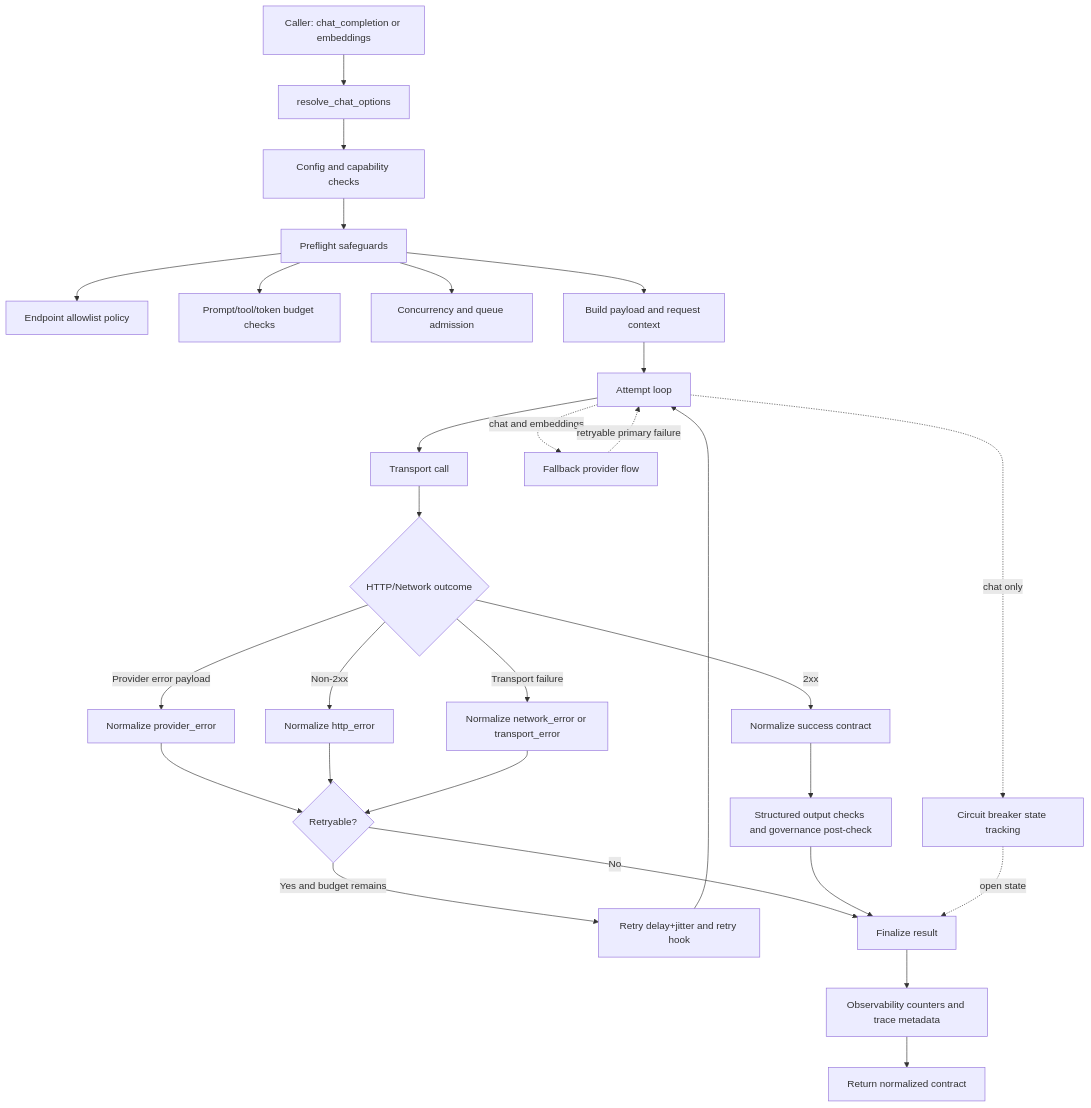
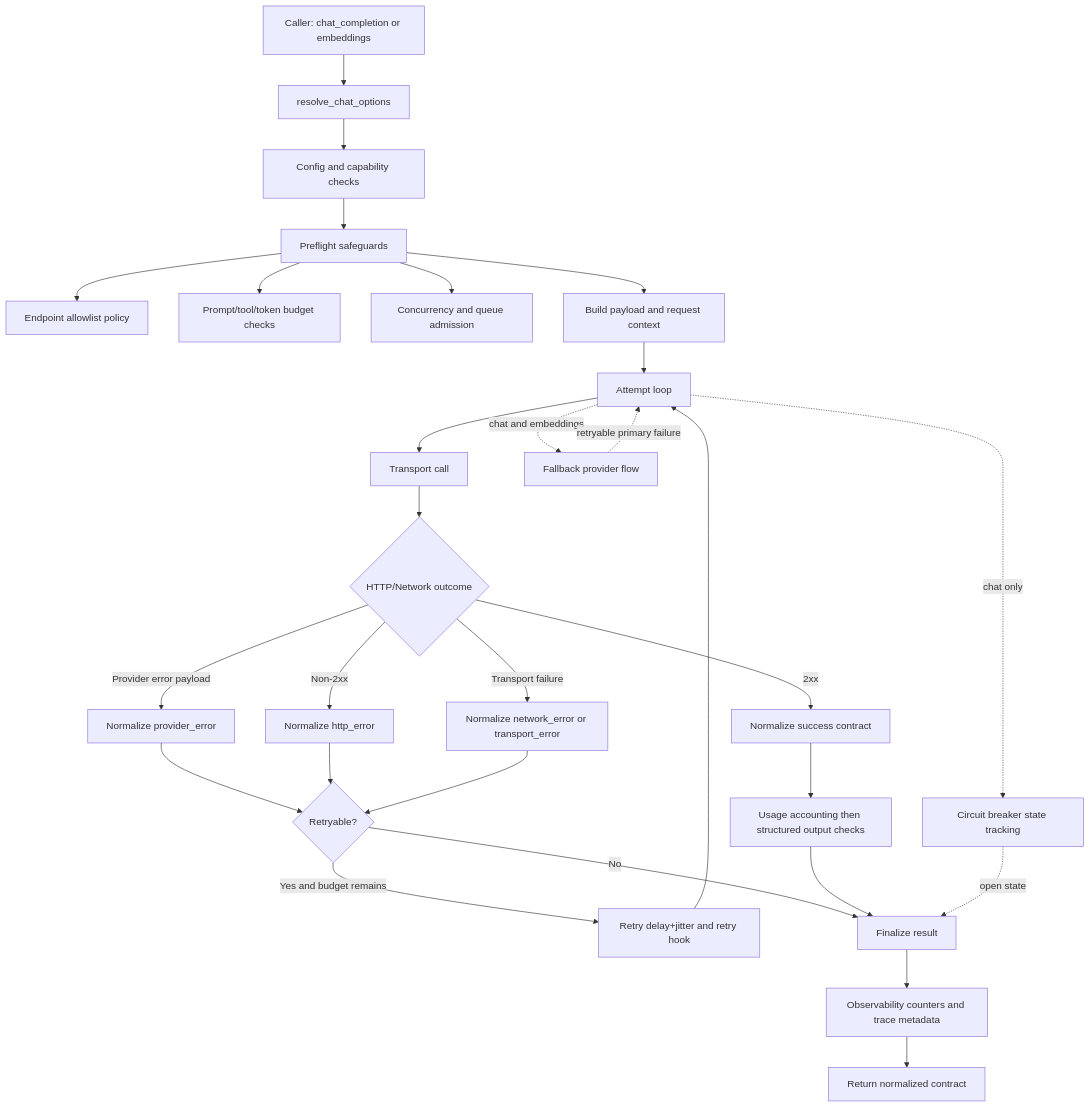
Before and after one commit to kujolang/ai-sdk: the second of 2 diagrams in docs/ARCHITECTURE_DATA_FLOW.md, drawn with Mermaid. The commit also changed other lines of this file and 7 other files, not shown here.

````diff
--- a/docs/ARCHITECTURE_DATA_FLOW.md
+++ b/docs/ARCHITECTURE_DATA_FLOW.md
@@ -28,32 +28,32 @@
 ```mermaid
 flowchart TD
 	A[Caller: chat_completion or embeddings] --> B[resolve_chat_options]
 	B --> C[Config and capability checks]
 	C --> D[Preflight safeguards]
 	D --> D1[Endpoint allowlist policy]
 	D --> D2[Prompt/tool/token budget checks]
 	D --> D3[Concurrency and queue admission]
 	D --> E[Build payload and request context]
 	E --> F[Attempt loop]
 	F --> G[Transport call]
 	G --> H{HTTP/Network outcome}
 	H -->|2xx| I[Normalize success contract]
 	H -->|Provider error payload| J[Normalize provider_error]
 	H -->|Non-2xx| K[Normalize http_error]
 	H -->|Transport failure| L[Normalize network_error or transport_error]
-	I --> M[Structured output checks and governance post-check]
+	I --> M[Usage accounting then structured output checks]
 	J --> N{Retryable?}
 	K --> N
 	L --> N
 	N -->|Yes and budget remains| O[Retry delay+jitter and retry hook]
 	O --> F
 	N -->|No| P[Finalize result]
 	M --> P
 	P --> Q[Observability counters and trace metadata]
 	Q --> R[Return normalized contract]
 
 	F -. chat only .-> CB[Circuit breaker state tracking]
 	CB -. open state .-> P
 	F -. chat and embeddings .-> FB[Fallback provider flow]
 	FB -. retryable primary failure .-> F
 ```
````
